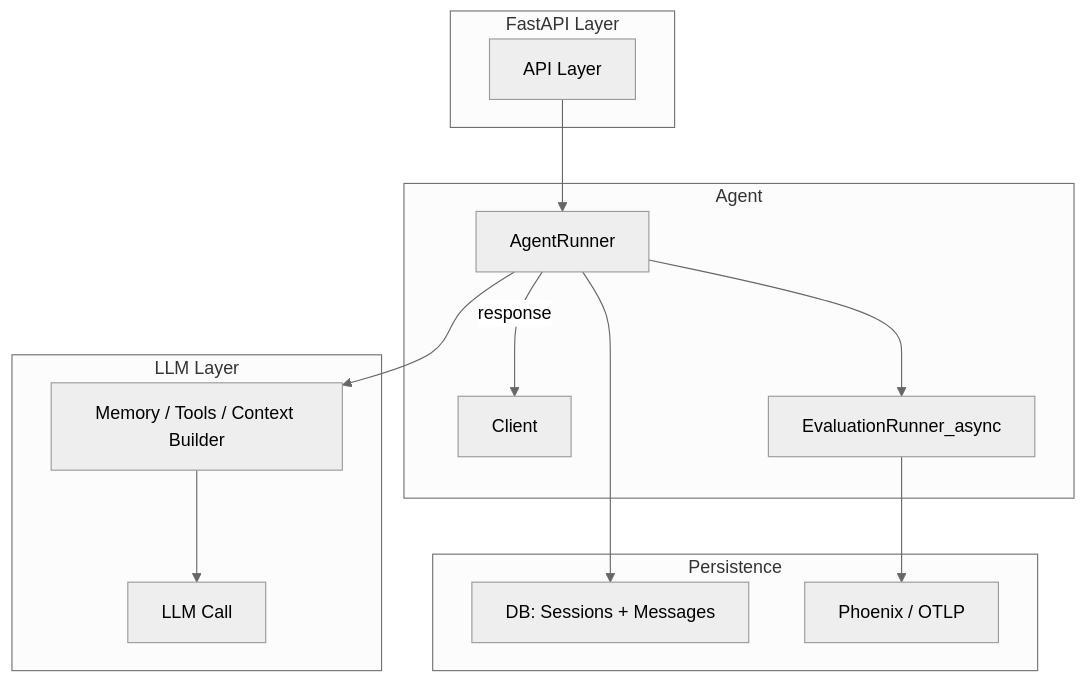
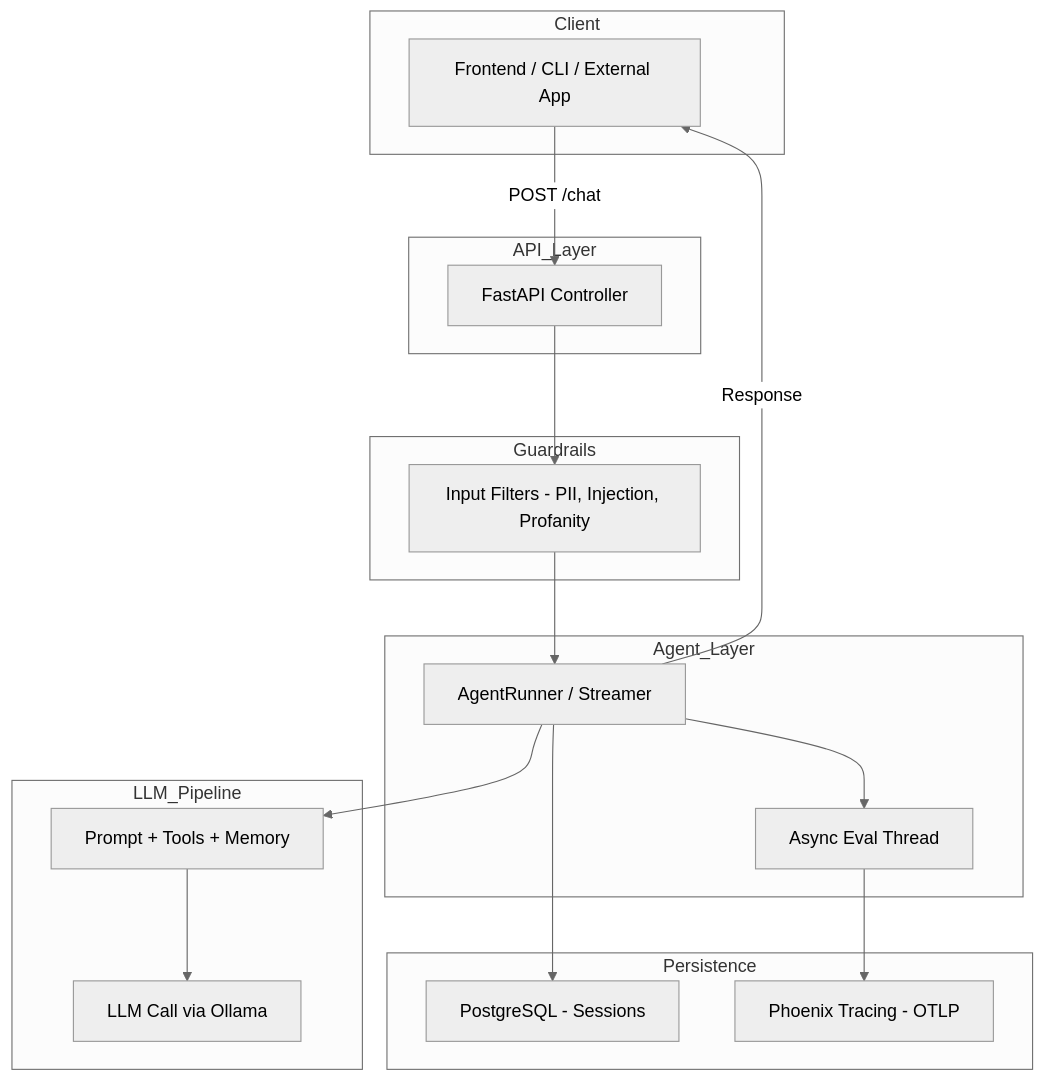
Before and after one commit to rarcifa/llm-service: the first of 2 diagrams in README.md, drawn with Mermaid (neutral theme). The commit also changed other lines of this file and 16 other files, not shown here.

````diff
--- a/README.md
+++ b/README.md
@@ -17,28 +17,36 @@
 ```mermaid
 graph TD
-    subgraph FastAPI Layer
-        A[API Layer]
+    subgraph Client
+        Z[Frontend / CLI / External App]
     end
 
-    subgraph Agent
-        B[AgentRunner]
-        B -->|"response"| C[Client]
-        B --> D[EvaluationRunner_async]
+    subgraph API_Layer
+        A[FastAPI Controller]
     end
 
-    subgraph LLM Layer
-        F[Memory / Tools / Context Builder]
-        E[LLM Call]
+    subgraph Guardrails
+        GA[Input Filters - PII, Injection, Profanity]
+    end
+
+    subgraph Agent_Layer
+        B[AgentRunner / Streamer]
+        B --> D[Async Eval Thread]
+    end
+
+    subgraph LLM_Pipeline
+        E[Prompt + Tools + Memory]
+        F[LLM Call via Ollama]
     end
 
     subgraph Persistence
-        G[DB: Sessions + Messages]
-        H[Phoenix / OTLP]
+        G[PostgreSQL - Sessions]
+        H[Phoenix Tracing - OTLP]
     end
 
-    A --> B
-    B --> F
-    F --> E
+    Z -->|POST /chat| A --> GA --> B
+    B --> E --> F
     B --> G
     D --> H
+    B -->|Response| Z
+
 ```
````
